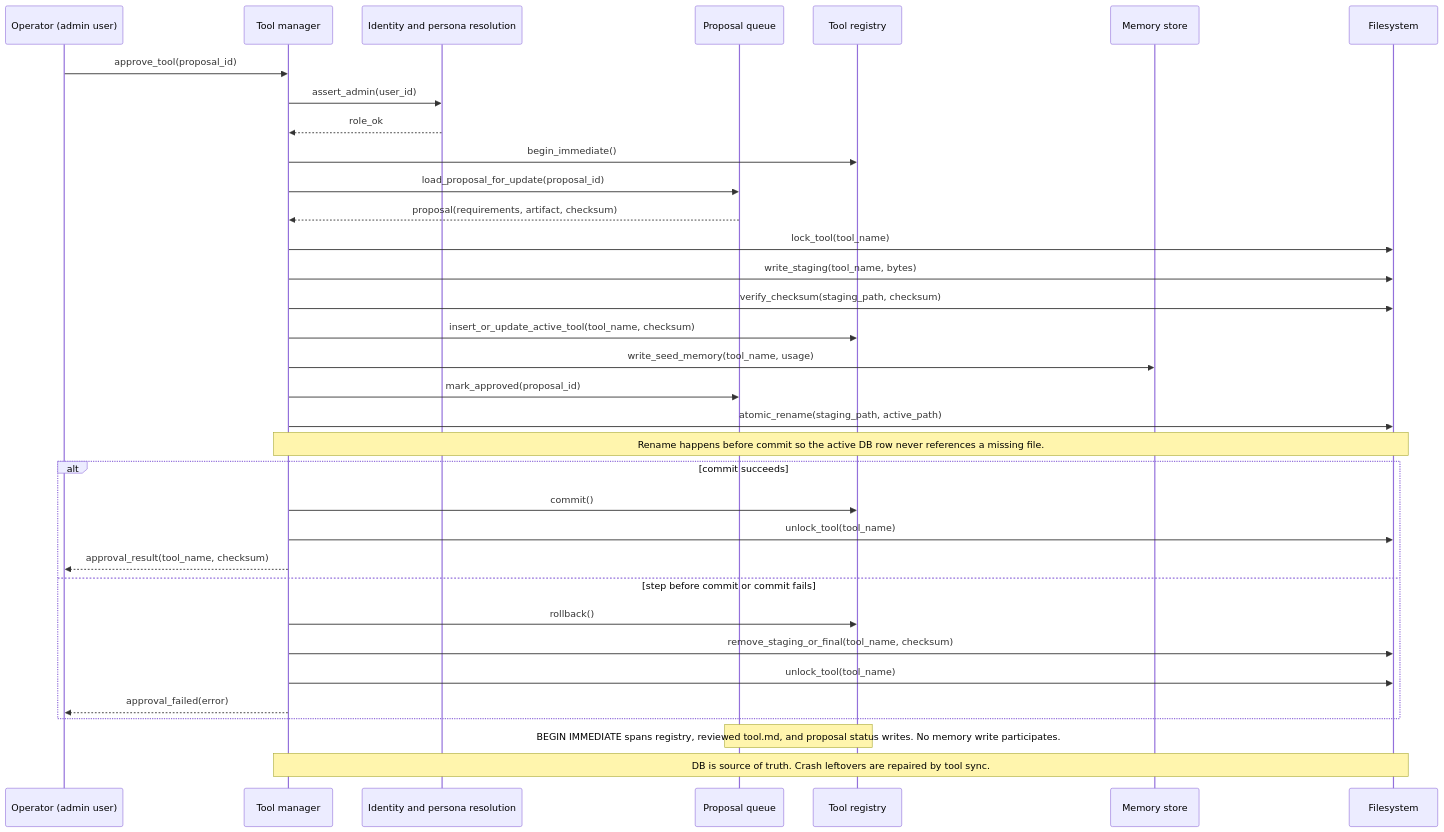
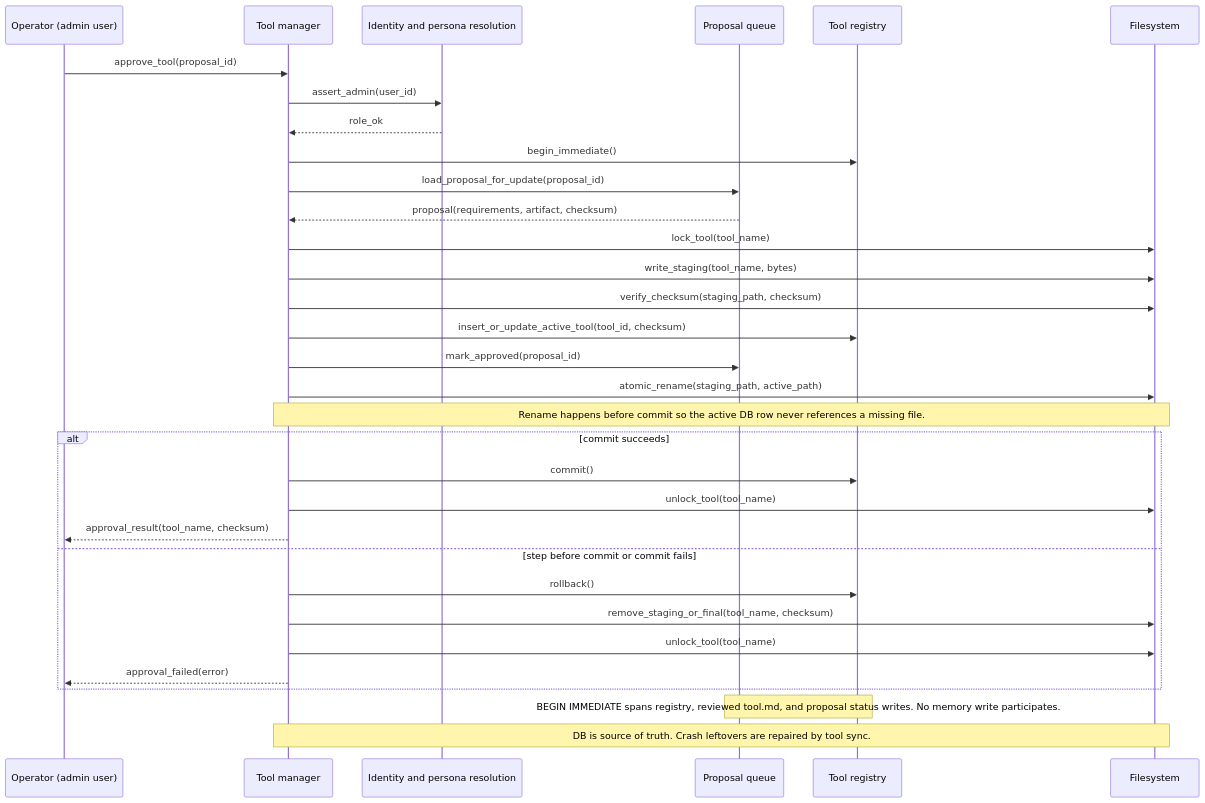
One commit to yanggf8/typhoonway changed the diagram in diagrams/seq-registry-mutation.mmd. Above: the diagram before and after it, drawn with Mermaid. The commit also changed 9 other files, not shown here.

```diff
--- a/diagrams/seq-registry-mutation.mmd
+++ b/diagrams/seq-registry-mutation.mmd
@@ -1,35 +1,33 @@
 sequenceDiagram
     participant Operator as Operator (admin user)
     participant Manager as Tool manager
     participant Identity as Identity and persona resolution
     participant Queue as Proposal queue
     participant Registry as Tool registry
-    participant Memory as Memory store
     participant FS as Filesystem
 
     Operator->>Manager: approve_tool(proposal_id)
     Manager->>Identity: assert_admin(user_id)
     Identity-->>Manager: role_ok
     Manager->>Registry: begin_immediate()
     Manager->>Queue: load_proposal_for_update(proposal_id)
     Queue-->>Manager: proposal(requirements, artifact, checksum)
     Manager->>FS: lock_tool(tool_name)
     Manager->>FS: write_staging(tool_name, bytes)
     Manager->>FS: verify_checksum(staging_path, checksum)
-    Manager->>Registry: insert_or_update_active_tool(tool_name, checksum)
-    Manager->>Memory: write_seed_memory(tool_name, usage)
+    Manager->>Registry: insert_or_update_active_tool(tool_id, checksum)
     Manager->>Queue: mark_approved(proposal_id)
     Manager->>FS: atomic_rename(staging_path, active_path)
     Note over Manager,FS: Rename happens before commit so the active DB row never references a missing file.
     alt commit succeeds
       Manager->>Registry: commit()
       Manager->>FS: unlock_tool(tool_name)
       Manager-->>Operator: approval_result(tool_name, checksum)
     else step before commit or commit fails
       Manager->>Registry: rollback()
       Manager->>FS: remove_staging_or_final(tool_name, checksum)
       Manager->>FS: unlock_tool(tool_name)
       Manager-->>Operator: approval_failed(error)
     end
     Note over Registry,Queue: BEGIN IMMEDIATE spans registry, reviewed tool.md, and proposal status writes. No memory write participates.
     Note over Manager,FS: DB is source of truth. Crash leftovers are repaired by tool sync.
```
